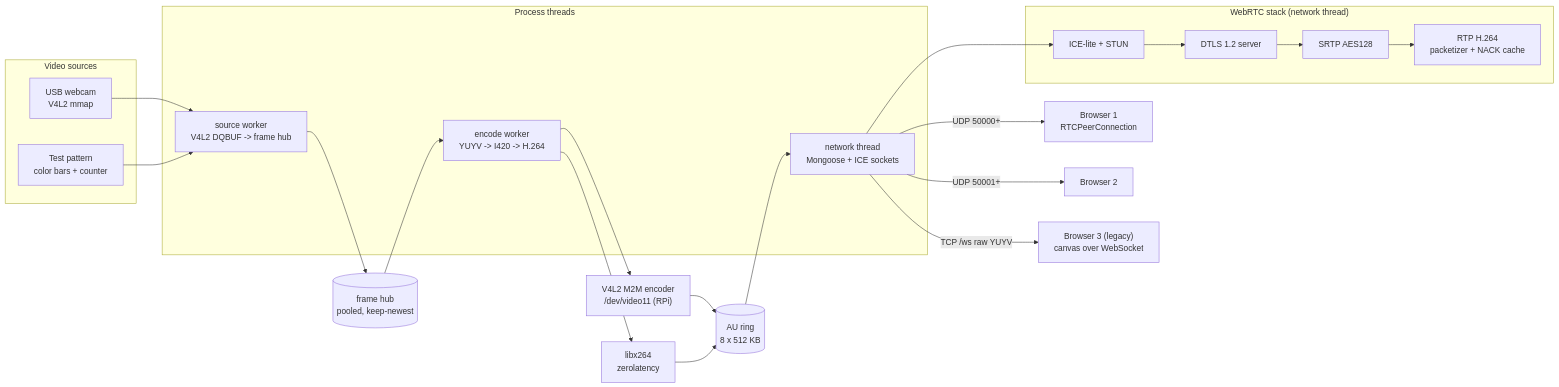
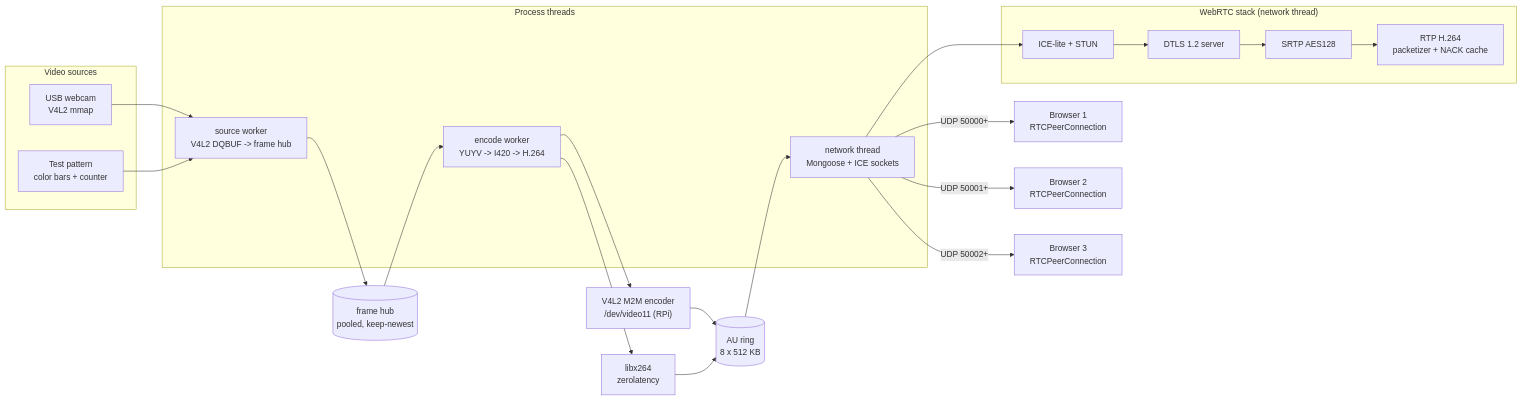
The first of 6 diagrams in README.md (ccsalman545/ideal-broccoli), drawn with Mermaid before and after one commit. The commit also changed other lines of this file and 36 other files, not shown here.

First line of the commit message:
WebRTC-only transport: remove legacy WebSocket video path; fix SDP/ICE

````diff
--- a/README.md
+++ b/README.md
@@ -77,45 +76,45 @@
 ```mermaid
 flowchart LR
     subgraph sources["Video sources"]
         CAM["USB webcam\nV4L2 mmap"]
         TEST["Test pattern\ncolor bars + counter"]
     end
 
     subgraph threads["Process threads"]
         SW["source worker\nV4L2 DQBUF -> frame hub"]
         EW["encode worker\nYUYV -> I420 -> H.264"]
         NET["network thread\nMongoose + ICE sockets"]
     end
 
     HUB[("frame hub\npooled, keep-newest")]
     RING[("AU ring\n8 x 512 KB")]
     M2M["V4L2 M2M encoder\n/dev/video11 (RPi)"]
     X264["libx264\nzerolatency"]
 
     CAM --> SW
     TEST --> SW
     SW --> HUB
     HUB --> EW
     EW --> M2M
     EW --> X264
     M2M --> RING
     X264 --> RING
     RING --> NET
 
     subgraph webrtc["WebRTC stack (network thread)"]
         ICE["ICE-lite + STUN"]
         DTLS["DTLS 1.2 server"]
         SRTP["SRTP AES128"]
         RTP["RTP H.264\npacketizer + NACK cache"]
     end
 
     NET --> ICE --> DTLS --> SRTP --> RTP
 
     B1["Browser 1\nRTCPeerConnection"]
-    B2["Browser 2"]
-    B3["Browser 3 (legacy)\ncanvas over WebSocket"]
+    B2["Browser 2\nRTCPeerConnection"]
+    B3["Browser 3\nRTCPeerConnection"]
 
     NET -- "UDP 50000+" --> B1
     NET -- "UDP 50001+" --> B2
-    NET -- "TCP /ws raw YUYV" --> B3
+    NET -- "UDP 50002+" --> B3
 ```
````
